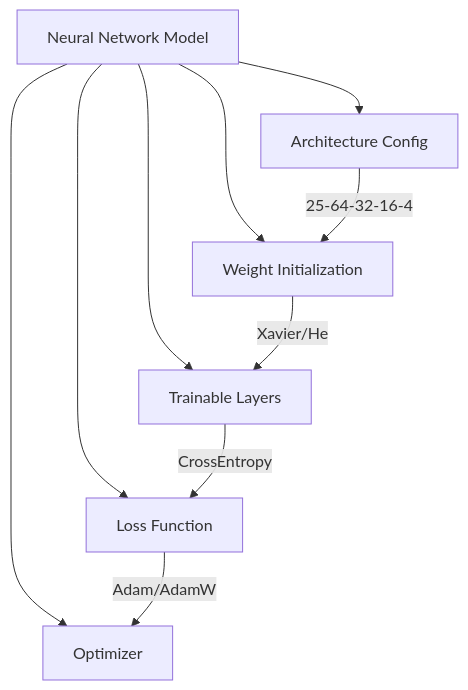
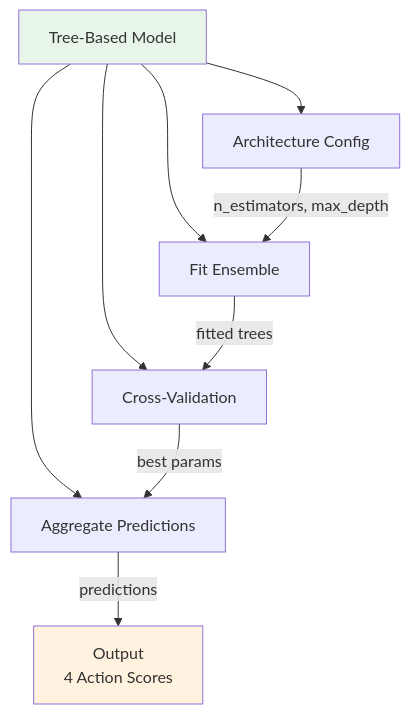
One commit to Evintkoo/2048-ml changed the fourth of 6 diagrams in plan/05-Model/02-Training/03-model-architecture.md. Above: the diagram before and after it, drawn with Mermaid. The commit also changed other lines of this file and 14 other files, not shown here.

````diff
--- a/plan/05-Model/02-Training/03-model-architecture.md
+++ b/plan/05-Model/02-Training/03-model-architecture.md
@@ -98,14 +100,16 @@
 ```mermaid
 flowchart TD
-    NN[Neural Network Model]
-    NN --> Config[Architecture Config]
-    NN --> Init[Weight Initialization]
-    NN --> Train[Trainable Layers]
-    NN --> Loss[Loss Function]
-    NN --> Optim[Optimizer]
+    TB[Tree-Based Model]
+    TB --> Config[Architecture Config]
+    TB --> Train[Fit Ensemble]
+    TB --> Evaluate[Cross-Validation]
+    TB --> Ensemble[Aggregate Predictions]
     
-    Config --> |25-64-32-16-4| Init
-    Init --> |Xavier/He| Train
-    Train --> |CrossEntropy| Loss
-    Loss --> |Adam/AdamW| Optim
+    Config --> |n_estimators, max_depth| Train
+    Train --> |fitted trees| Evaluate
+    Evaluate --> |best params| Ensemble
+    Ensemble --> |predictions| Output[Output<br/>4 Action Scores]
+    
+    style TB fill:#e8f5e9
+    style Output fill:#fff3e0
 ```
````
